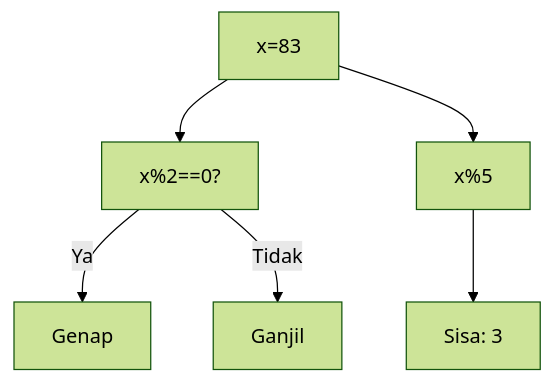
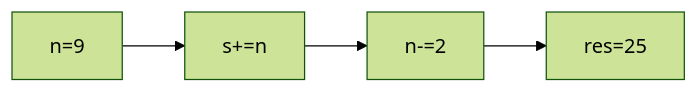
Diagram 17 of 25 in part-c-pemahaman-cpp/03-perulangan/latihan/set-01.md (amnahwaida/OSNK_INF_PREP), drawn with Mermaid (forest theme) before and after one commit. The commit also changed other lines of this file and 71 other files, not shown here.

````diff
--- a/part-c-pemahaman-cpp/03-perulangan/latihan/set-01.md
+++ b/part-c-pemahaman-cpp/03-perulangan/latihan/set-01.md
@@ -595,8 +453,6 @@
 ```mermaid
-graph TD
-A["x=83"] --> B["x%2==0?"]
-B -- Ya --> C["Genap"]
-B -- Tidak --> D["Ganjil"]
-A --> E["x%5"]
-E --> F["Sisa: 3"]
+graph LR
+A["n=9"] --> B["s+=n"]
+B --> C["n-=2"]
+C --> D["res=25"]
 ```
````
